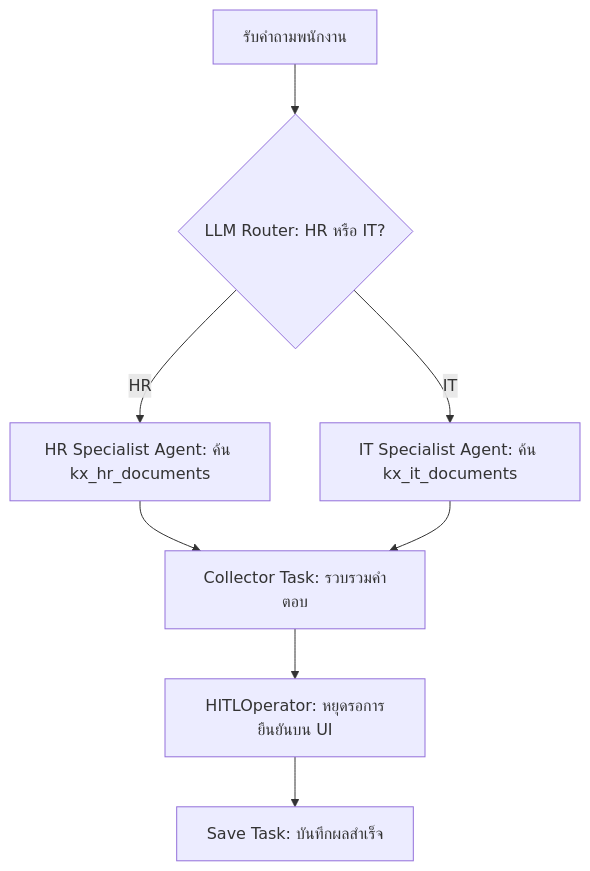
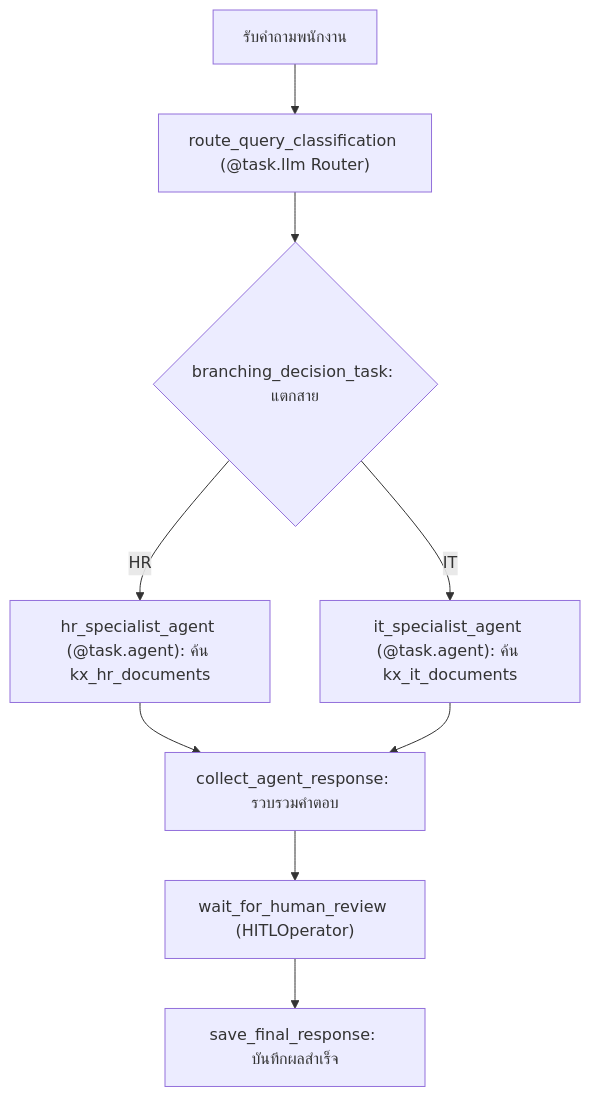
Before and after one commit to falukelo/stem-boi-master-airflow-rag: the diagram in labs/04-ai-agent-bonus/README.md, drawn with Mermaid. The commit also changed other lines of this file and 1 other file, not shown here.

Commit message:
Refactor Multi-Agent router to use @task.llm and update Lab 4 README documentation

````diff
--- a/labs/04-ai-agent-bonus/README.md
+++ b/labs/04-ai-agent-bonus/README.md
@@ -22,10 +22,11 @@
 ```mermaid
 graph TD
-    Query[รับคำถามพนักงาน] --> Router{LLM Router: HR หรือ IT?}
-    Router -->|HR| HRAgent[HR Specialist Agent: ค้น kx_hr_documents]
-    Router -->|IT| ITAgent[IT Specialist Agent: ค้น kx_it_documents]
-    HRAgent --> Collector[Collector Task: รวบรวมคำตอบ]
+    Query[รับคำถามพนักงาน] --> Router["route_query_classification (@task.llm Router)"]
+    Router --> Branch{branching_decision_task: แตกสาย}
+    Branch -->|HR| HRAgent["hr_specialist_agent (@task.agent): ค้น kx_hr_documents"]
+    Branch -->|IT| ITAgent["it_specialist_agent (@task.agent): ค้น kx_it_documents"]
+    HRAgent --> Collector[collect_agent_response: รวบรวมคำตอบ]
     ITAgent --> Collector
-    Collector --> HITL[HITLOperator: หยุดรอการยืนยันบน UI]
-    HITL --> Save[Save Task: บันทึกผลสำเร็จ]
+    Collector --> HITL["wait_for_human_review (HITLOperator)"]
+    HITL --> Save[save_final_response: บันทึกผลสำเร็จ]
 ```
````
